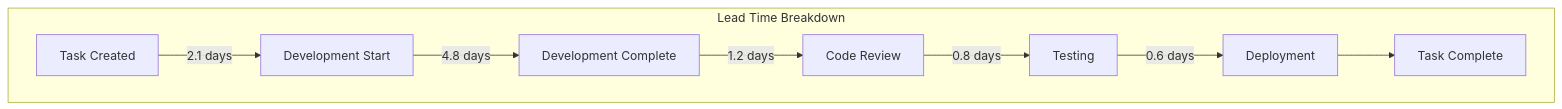
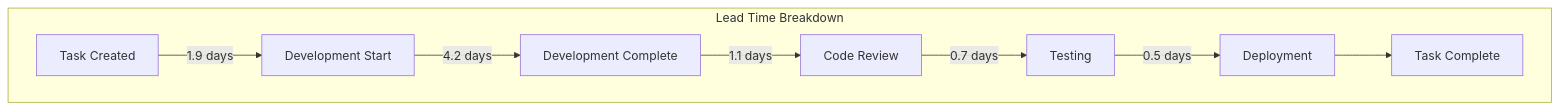
The second of 9 diagrams in project-management/reports/team-dashboard.md (HOW2AI-AGENCY/albert3-muse-synth-studio), drawn with Mermaid before and after one commit. The commit also changed other lines of this file and 6 other files, not shown here.

````diff
--- a/project-management/reports/team-dashboard.md
+++ b/project-management/reports/team-dashboard.md
@@ -50,11 +50,11 @@
 ```mermaid
 graph TD
     subgraph "Lead Time Breakdown"
-        A[Task Created] -->|2.1 days| B[Development Start]
-        B -->|4.8 days| C[Development Complete]
-        C -->|1.2 days| D[Code Review]
-        D -->|0.8 days| E[Testing]
-        E -->|0.6 days| F[Deployment]
+        A[Task Created] -->|1.9 days| B[Development Start]
+        B -->|4.2 days| C[Development Complete]
+        C -->|1.1 days| D[Code Review]
+        D -->|0.7 days| E[Testing]
+        E -->|0.5 days| F[Deployment]
         F --> G[Task Complete]
     end
 ```
````
